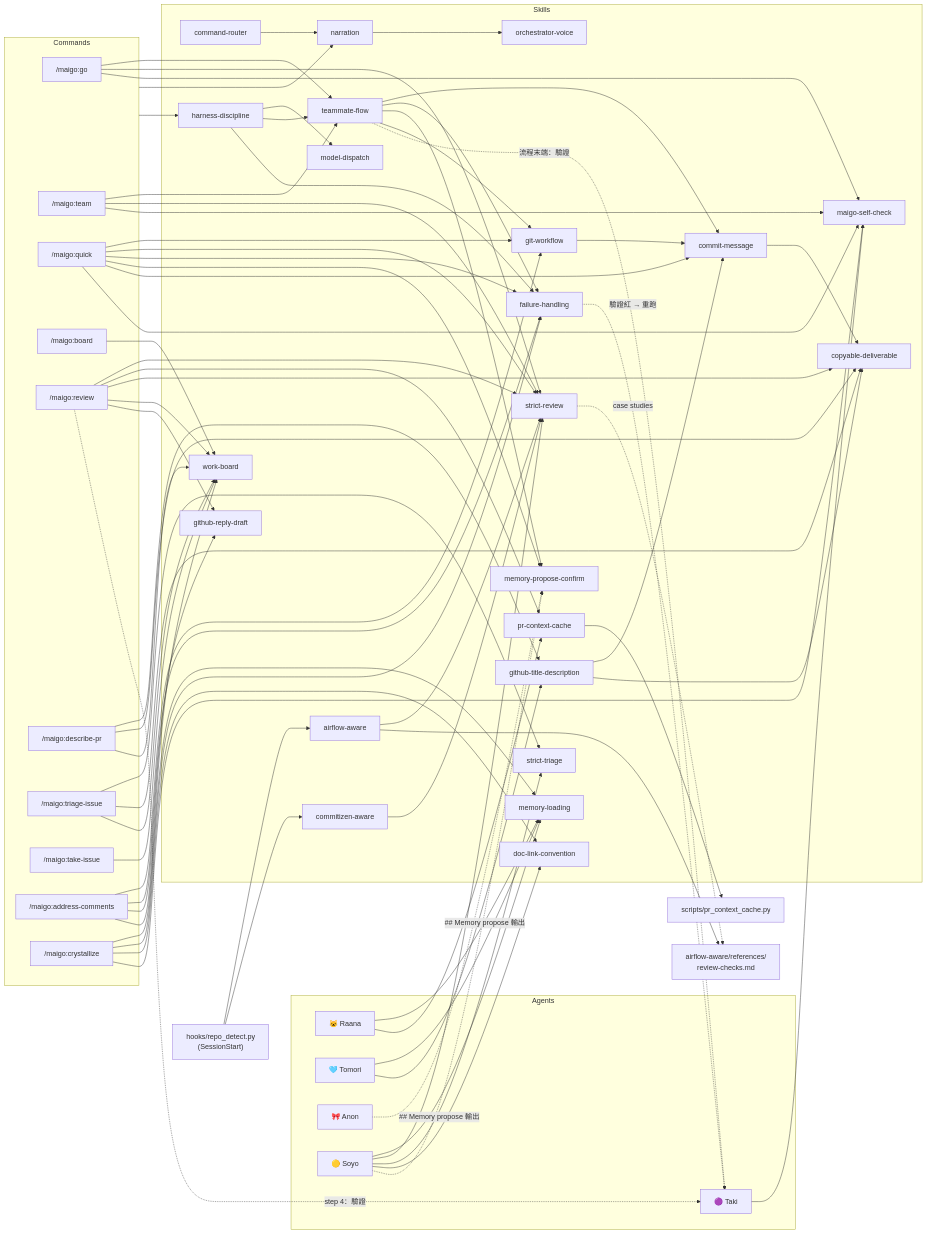
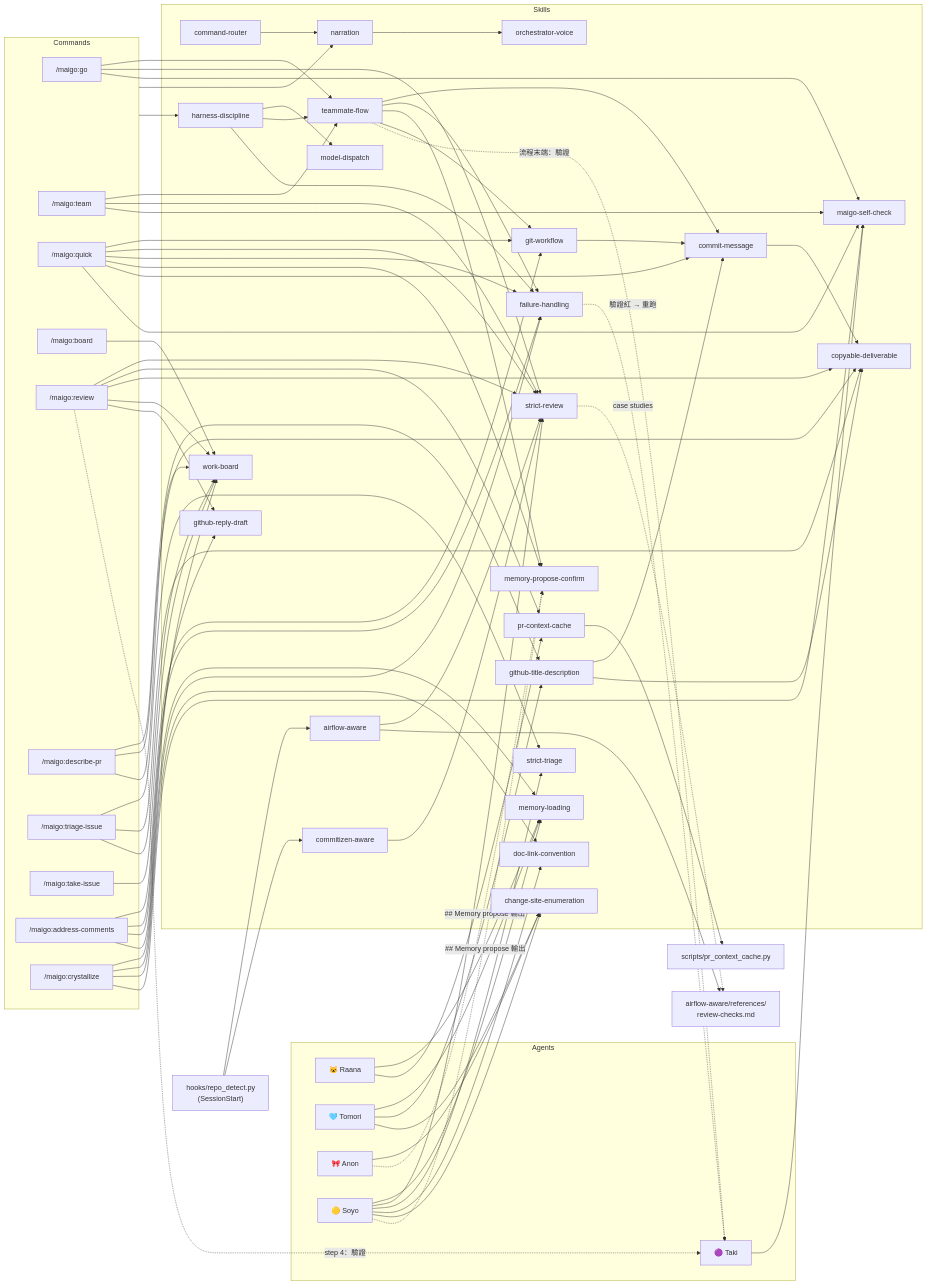
One commit to Lee-W/maigo changed the diagram in docs/reference/skills.md. Above: the diagram before and after it, drawn with Mermaid. The commit also changed other lines of this file and 7 other files, not shown here.

First line of the commit message:
feat(skills): graduate change-site enumeration convention

```diff
--- a/docs/reference/skills.md
+++ b/docs/reference/skills.md
@@ -109,6 +110,7 @@
         work_board["work-board"]
         model_dispatch["model-dispatch"]
         harness_discipline["harness-discipline"]
+        change_site_enum["change-site-enumeration"]
     end
 
     airflow_refs["airflow-aware/references/<br/>review-checks.md"]
@@ -172,6 +174,9 @@
     soyo --> strict_review
     soyo --> strict_triage
     soyo --> doc_link
+    tomori --> change_site_enum
+    anon --> change_site_enum
+    soyo --> change_site_enum
     anon -.->|"## Memory propose 輸出"| memory_propose
     soyo -.->|"## Memory propose 輸出"| memory_propose
     teammate_flow -.->|"流程末端：驗證"| taki
```
